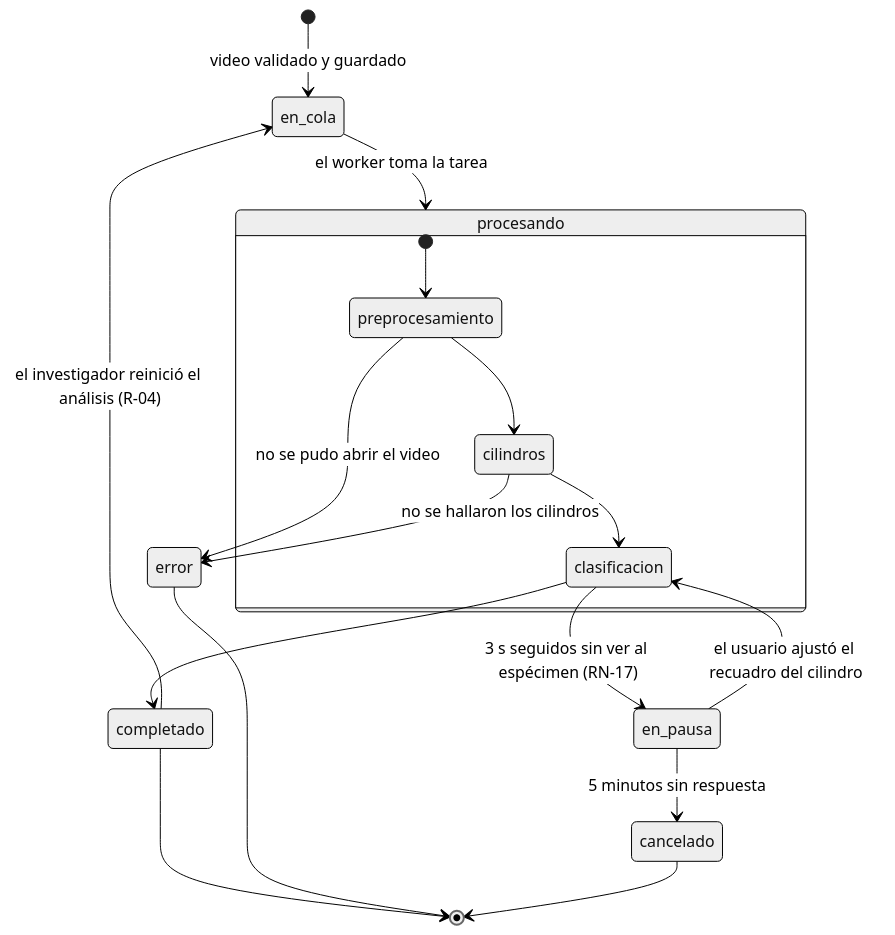
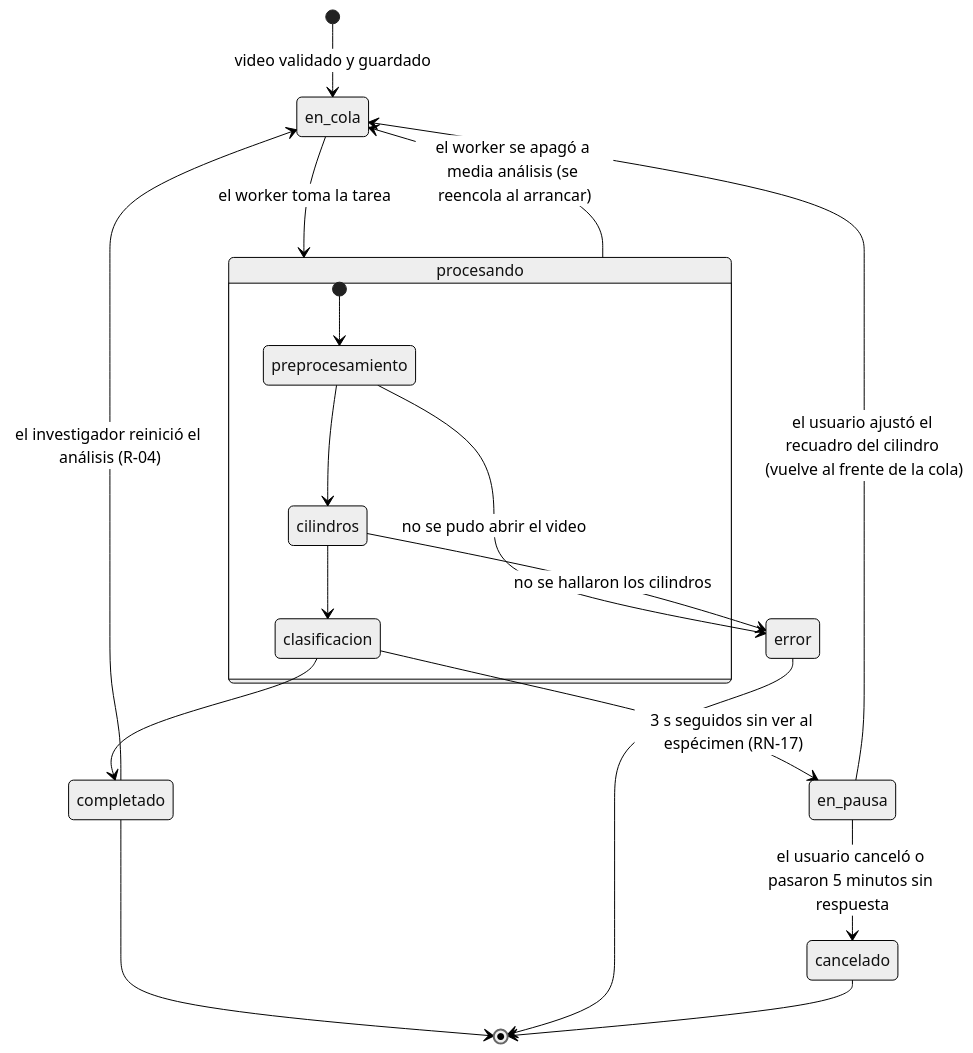
One commit to ErickJester/fst-ai-system-latex changed the second of 39 diagrams in INSTRUCCIONES-WEB.md. Above: the diagram before and after it, drawn with Mermaid (neutral theme). The commit also changed other lines of this file and 28 other files, not shown here.

````diff
--- a/INSTRUCCIONES-WEB.md
+++ b/INSTRUCCIONES-WEB.md
@@ -203,20 +260,21 @@
 ```mermaid
 stateDiagram-v2
   [*] --> en_cola: video validado y guardado
   en_cola --> procesando: el worker toma la tarea
   state procesando {
     [*] --> preprocesamiento
     preprocesamiento --> cilindros
     cilindros --> clasificacion
   }
   preprocesamiento --> error: no se pudo abrir el video
   cilindros --> error: no se hallaron los cilindros
   clasificacion --> completado
   clasificacion --> en_pausa: 3 s seguidos sin ver al espécimen (RN-17)
-  en_pausa --> clasificacion: el usuario ajustó el recuadro del cilindro
-  en_pausa --> cancelado: 5 minutos sin respuesta
+  en_pausa --> en_cola: el usuario ajustó el recuadro del cilindro (vuelve al frente de la cola)
+  en_pausa --> cancelado: el usuario canceló o pasaron 5 minutos sin respuesta
+  procesando --> en_cola: el worker se apagó a media análisis (se reencola al arrancar)
   completado --> en_cola: el investigador reinició el análisis (R-04)
   completado --> [*]
   error --> [*]
   cancelado --> [*]
 ```
````
